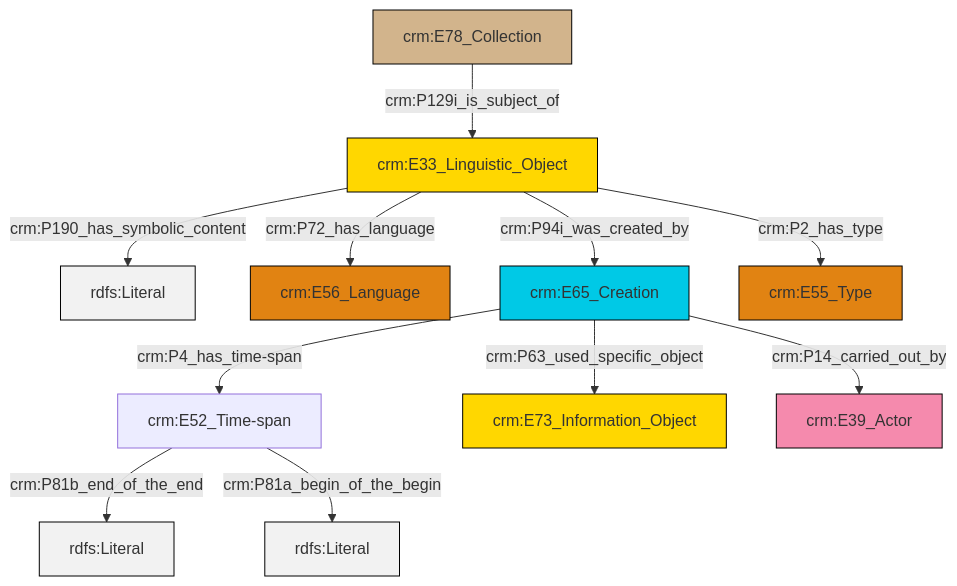
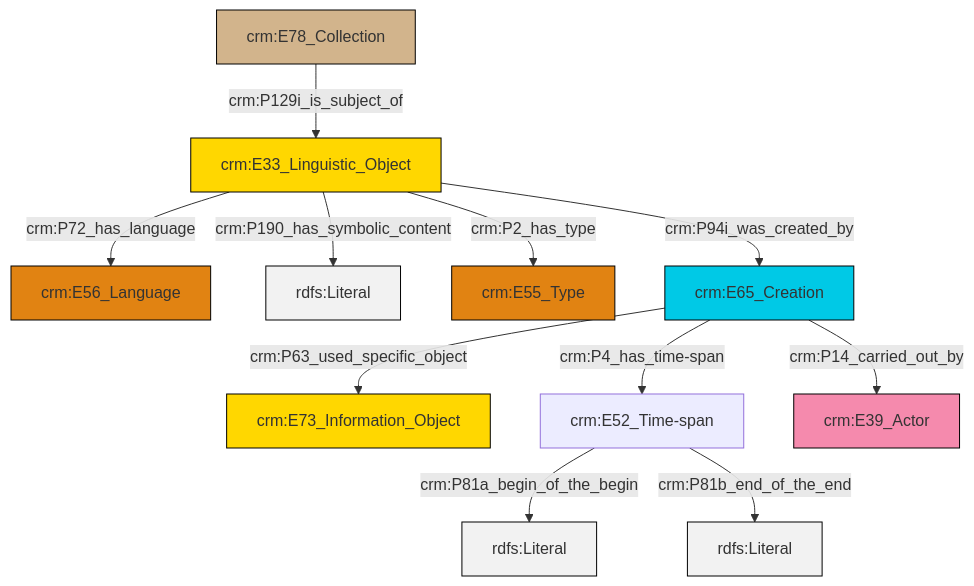
One commit to swiss-art-research-net/docs.swissartresearch changed the diagram in et/archivalCSV/ttl/mmd/archival_desc.ttl.mmd. Above: the diagram before and after it, drawn with Mermaid. The commit also changed 178 other files, not shown here.

```diff
--- a/et/archivalCSV/ttl/mmd/archival_desc.ttl.mmd
+++ b/et/archivalCSV/ttl/mmd/archival_desc.ttl.mmd
@@ -1,25 +1,25 @@
 graph TD
 classDef Literal fill:#f2f2f2,stroke:#000000;
 classDef CRM_Entity fill:#FFFFFF,stroke:#000000;
 classDef Temporal_Entity fill:#00C9E6, stroke:#000000;
 classDef Type fill:#E18312, stroke:#000000;
 classDef Time-Span fill:#2C9C91, stroke:#000000;
 classDef Appellation fill:#FFEB7F, stroke:#000000;
 classDef Place fill:#008836, stroke:#000000;
 classDef Persistent_Item fill:#B266B2, stroke:#000000;
 classDef Conceptual_Object fill:#FFD700, stroke:#000000;
 classDef Physical_Thing fill:#D2B48C, stroke:#000000;
 classDef Actor fill:#f58aad, stroke:#000000;
 classDef PC_Classes fill:#4ce600, stroke:#000000;
 classDef Multi fill:#cccccc,stroke:#000000;
 
-0["crm:E33_Linguistic_Object"]:::Conceptual_Object -->|crm:P190_has_symbolic_content| 1[rdfs:Literal]:::Literal
-2["crm:E52_Time-span"]:::Default -->|crm:P81b_end_of_the_end| 3[rdfs:Literal]:::Literal
-7["crm:E78_Collection"]:::Physical_Thing -->|crm:P129i_is_subject_of| 0["crm:E33_Linguistic_Object"]:::Conceptual_Object
-2["crm:E52_Time-span"]:::Default -->|crm:P81a_begin_of_the_begin| 8[rdfs:Literal]:::Literal
-0["crm:E33_Linguistic_Object"]:::Conceptual_Object -->|crm:P94i_was_created_by| 9["crm:E65_Creation"]:::Temporal_Entity
-0["crm:E33_Linguistic_Object"]:::Conceptual_Object -->|crm:P72_has_language| 5["crm:E56_Language"]:::Type
-0["crm:E33_Linguistic_Object"]:::Conceptual_Object -->|crm:P2_has_type| 12["crm:E55_Type"]:::Type
-9["crm:E65_Creation"]:::Temporal_Entity -->|crm:P63_used_specific_object| 10["crm:E73_Information_Object"]:::Conceptual_Object
-9["crm:E65_Creation"]:::Temporal_Entity -->|crm:P14_carried_out_by| 14["crm:E39_Actor"]:::Actor
-9["crm:E65_Creation"]:::Temporal_Entity -->|crm:P4_has_time-span| 2["crm:E52_Time-span"]:::Default
+4["crm:E33_Linguistic_Object"]:::Conceptual_Object -->|crm:P190_has_symbolic_content| 5[rdfs:Literal]:::Literal
+4["crm:E33_Linguistic_Object"]:::Conceptual_Object -->|crm:P2_has_type| 6["crm:E55_Type"]:::Type
+7["crm:E65_Creation"]:::Temporal_Entity -->|crm:P4_has_time-span| 8["crm:E52_Time-span"]:::Default
+9["crm:E78_Collection"]:::Physical_Thing -->|crm:P129i_is_subject_of| 4["crm:E33_Linguistic_Object"]:::Conceptual_Object
+4["crm:E33_Linguistic_Object"]:::Conceptual_Object -->|crm:P94i_was_created_by| 7["crm:E65_Creation"]:::Temporal_Entity
+8["crm:E52_Time-span"]:::Default -->|crm:P81a_begin_of_the_begin| 12[rdfs:Literal]:::Literal
+4["crm:E33_Linguistic_Object"]:::Conceptual_Object -->|crm:P72_has_language| 0["crm:E56_Language"]:::Type
+7["crm:E65_Creation"]:::Temporal_Entity -->|crm:P63_used_specific_object| 2["crm:E73_Information_Object"]:::Conceptual_Object
+7["crm:E65_Creation"]:::Temporal_Entity -->|crm:P14_carried_out_by| 10["crm:E39_Actor"]:::Actor
+8["crm:E52_Time-span"]:::Default -->|crm:P81b_end_of_the_end| 18[rdfs:Literal]:::Literal
```
